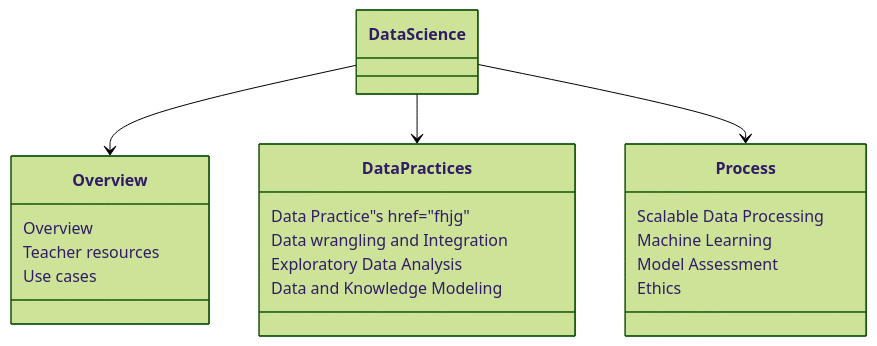
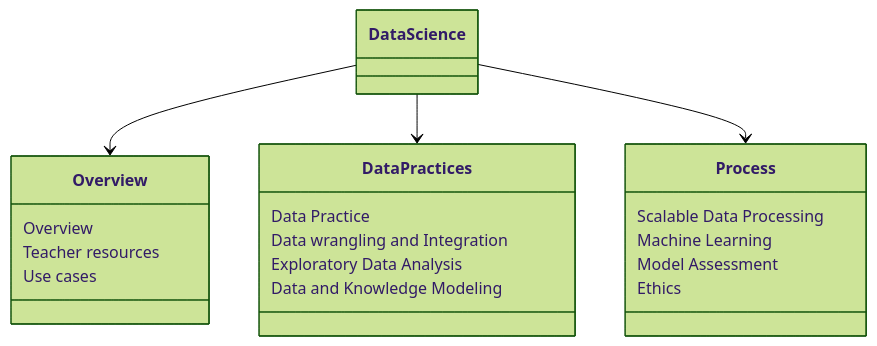
Before and after one commit to seb98mm/test: the first of 3 diagrams in topology.md, drawn with Mermaid (forest theme).

````diff
--- a/topology.md
+++ b/topology.md
@@ -1,26 +1,26 @@
 ```mermaid
 classDiagram
     DataScience --> Overview
     DataScience --> Data Practices
     DataScience --> Process
 
     class Overview{
     Overview
     Teacher resources
     Use cases
     }
 
     class  Data Practices{
-    Data Practice"s href="fhjg"
+    Data Practice
     Data wrangling and Integration
     Exploratory Data Analysis
     Data and Knowledge Modeling
     }
 class  Process{
     Scalable Data Processing
     Machine Learning
     Model Assessment
     Ethics
 }
     
 ```
````
